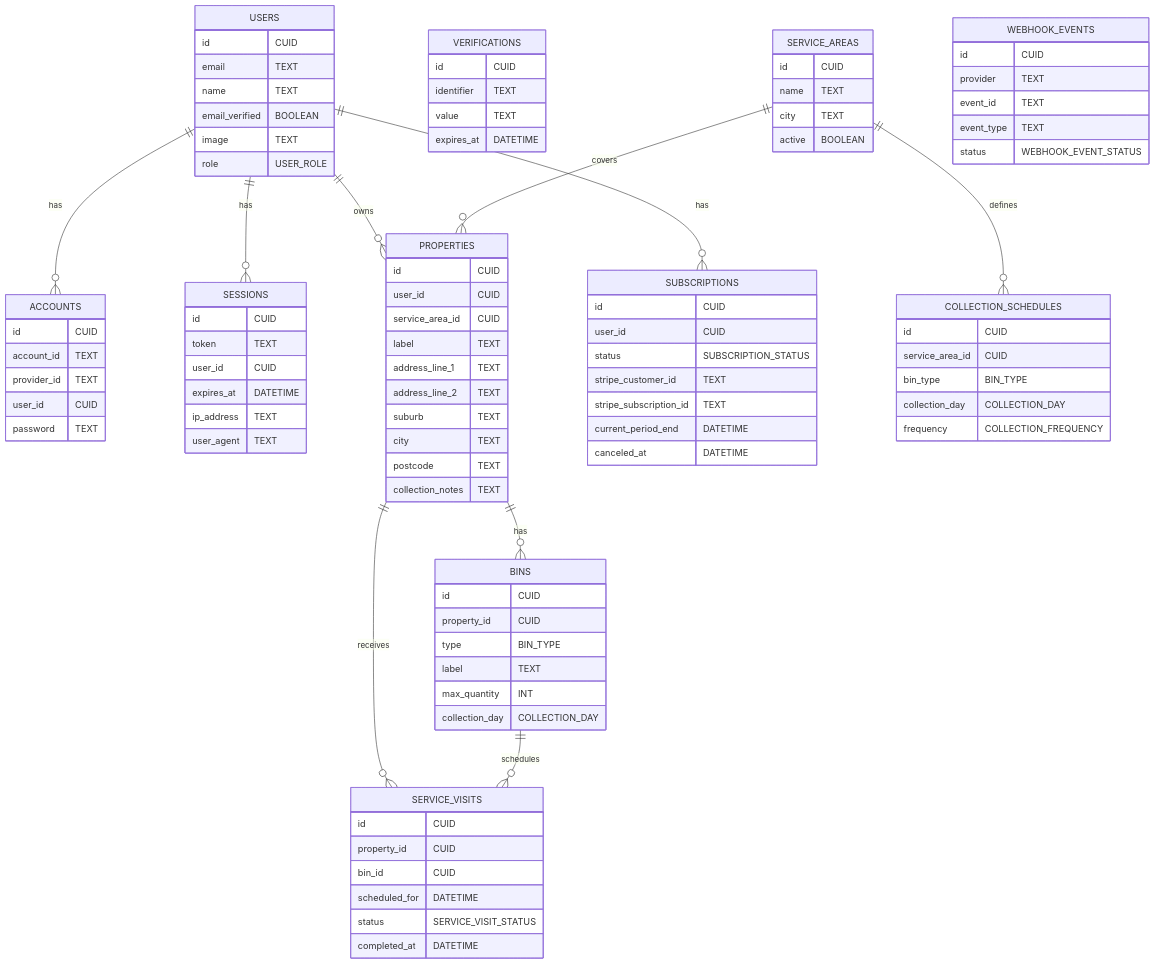
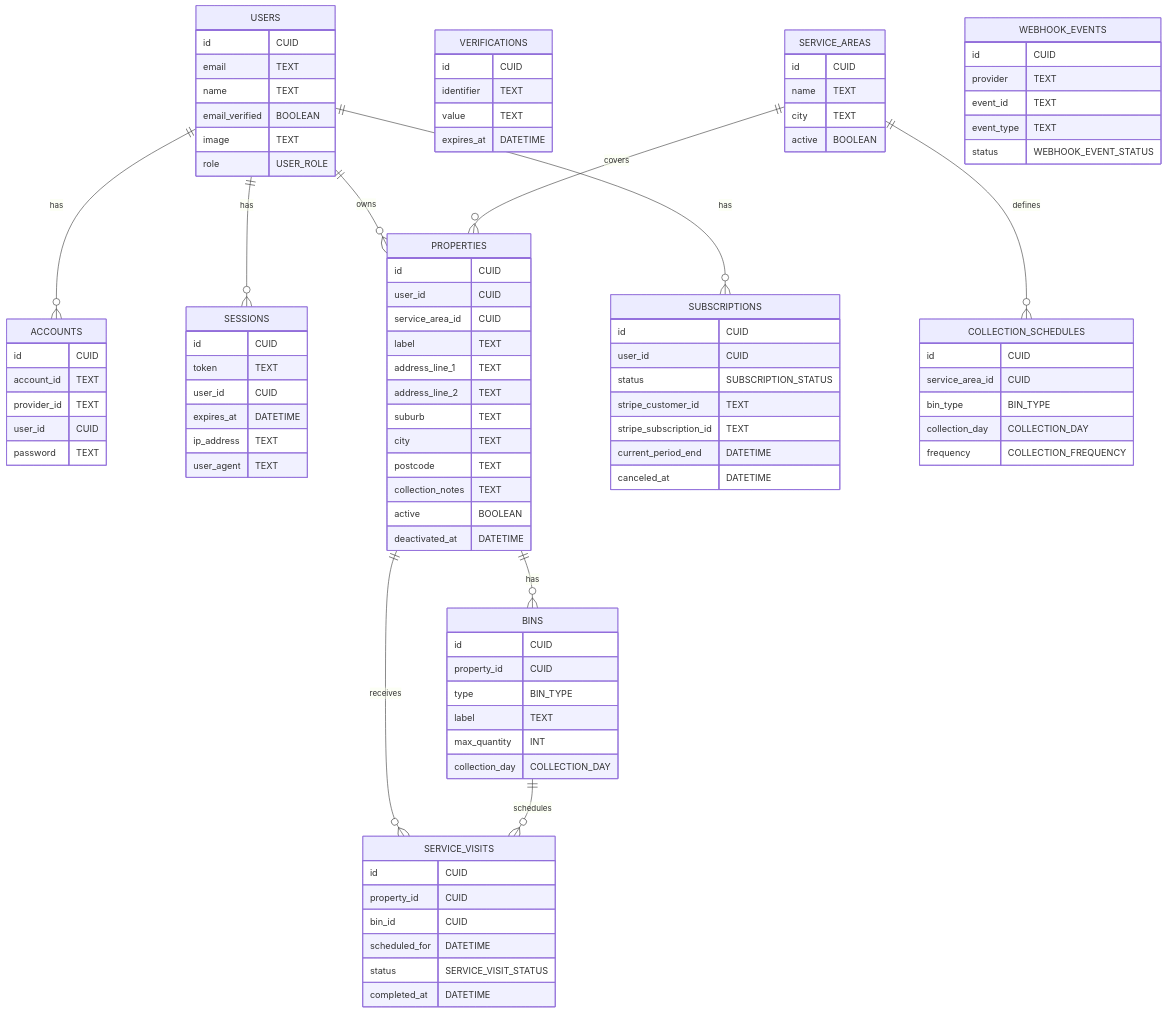
The diagram in docs/diagrams/data-model.md (angelacollings/binrun), drawn with Mermaid before and after one commit. The commit also changed other lines of this file and 8 other files, not shown here.

```diff
--- a/docs/diagrams/data-model.md
+++ b/docs/diagrams/data-model.md
@@ -51,6 +52,8 @@
         city TEXT
         postcode TEXT
         collection_notes TEXT
+        active BOOLEAN
+        deactivated_at DATETIME
     }
 
     BINS {
```
